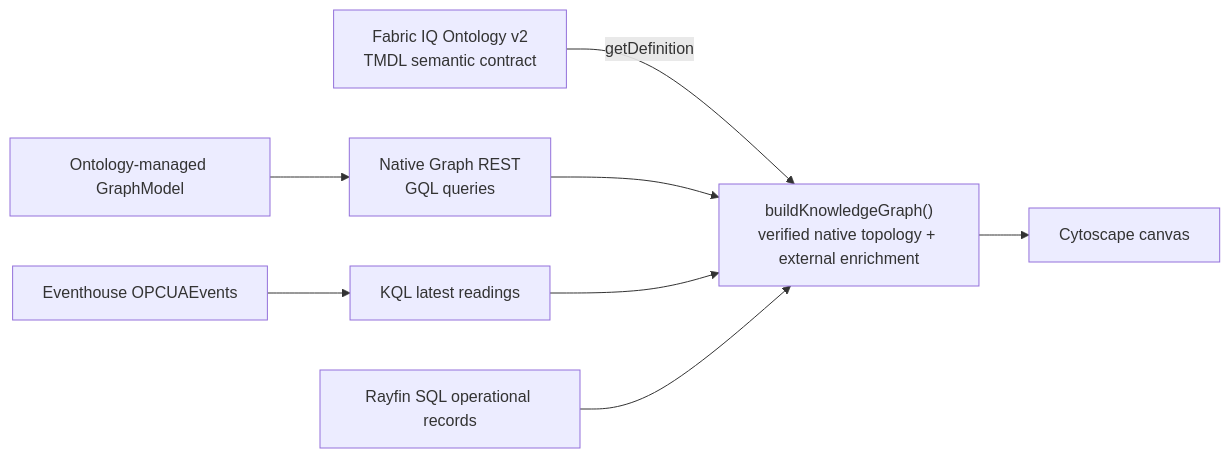
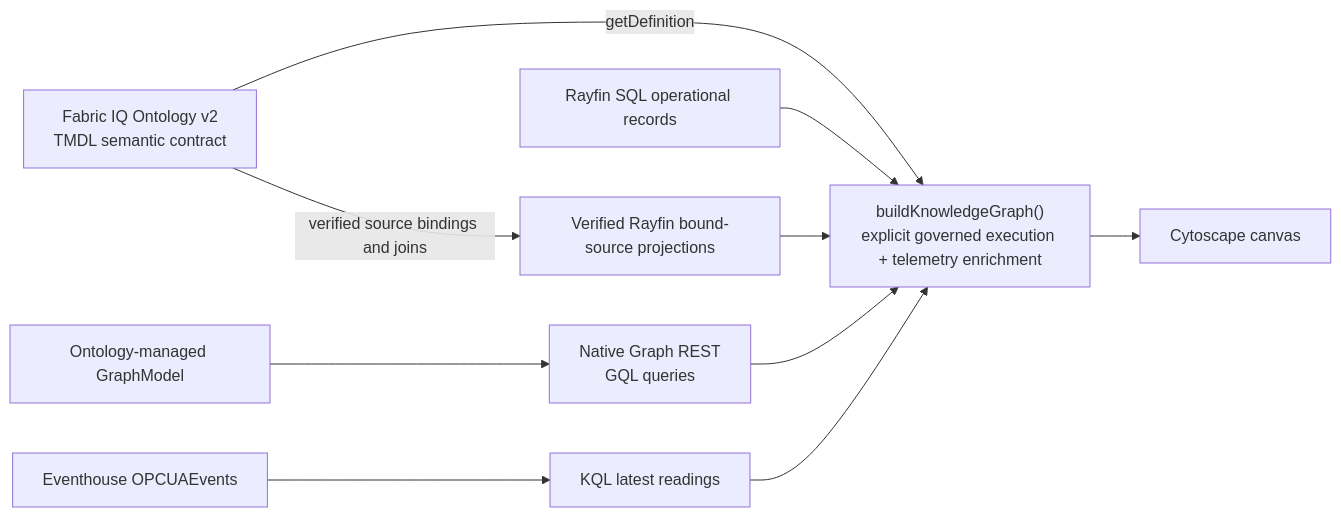
Before and after one commit to dibakardharchoudhury/FabricIQAppsDEMO: the diagram in docs/knowledge-graph.md, drawn with Mermaid. The commit also changed other lines of this file and 15 other files, not shown here.

First line of the commit message:
Add verified ontology-governed live graph execution

````diff
--- a/docs/knowledge-graph.md
+++ b/docs/knowledge-graph.md
@@ -201,17 +221,19 @@
 ```mermaid
 flowchart LR
    DEF["Fabric IQ Ontology v2\nTMDL semantic contract"]
    GM["Ontology-managed GraphModel"]
+   SRC["Verified Rayfin bound-source projections"]
     EH["Eventhouse OPCUAEvents"]
     SQL["Rayfin SQL operational records"]
    GQL["Native Graph REST\nGQL queries"]
     KQL["KQL latest readings"]
-   BUILD["buildKnowledgeGraph()\nverified native topology + external enrichment"]
+   BUILD["buildKnowledgeGraph()\nexplicit governed execution + telemetry enrichment"]
     CY["Cytoscape canvas"]
 
    DEF -->|"getDefinition"| BUILD
    GM --> GQL --> BUILD
+   DEF -->|"verified source bindings and joins"| SRC --> BUILD
     EH --> KQL --> BUILD
     SQL --> BUILD
     BUILD --> CY
 ```
````
